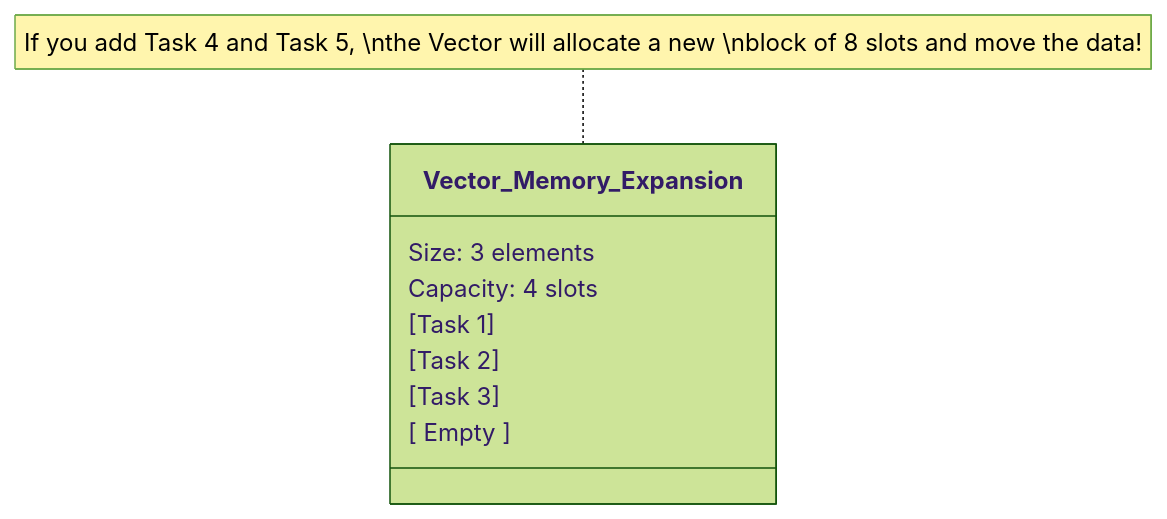
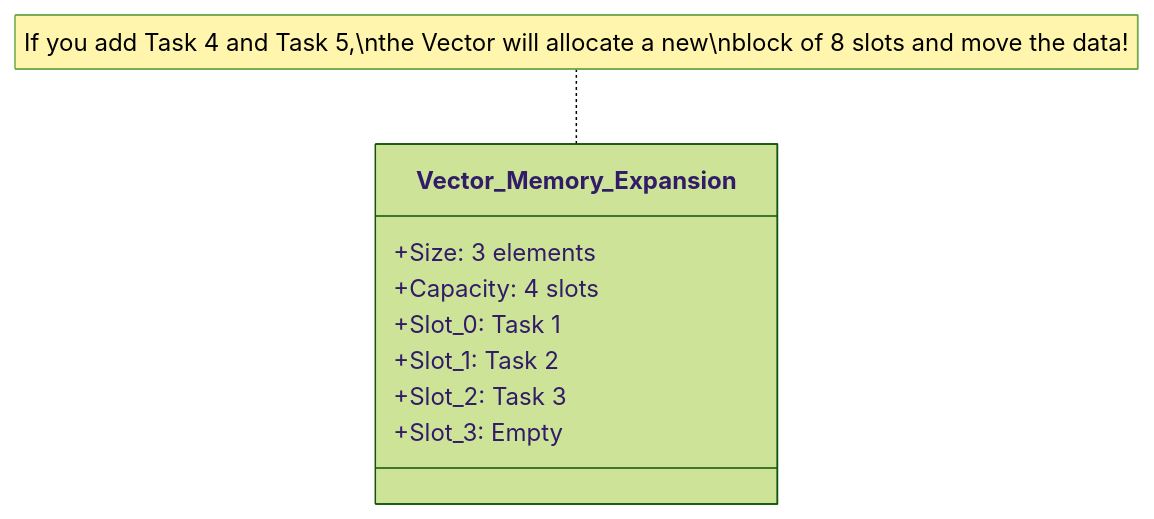
The fourth of 4 diagrams in Generated_Docs/data_structures_diagrams.md (Yog964/carbon-aware-scheduler), drawn with Mermaid (forest theme) before and after one commit. The commit also changed other lines of this file and 3 other files, not shown here.

Commit message:
Fix Mermaid diagram syntax and parsing errors in generated documentation

````diff
--- a/Generated_Docs/data_structures_diagrams.md
+++ b/Generated_Docs/data_structures_diagrams.md
@@ -88,14 +88,13 @@
 ```mermaid
 classDiagram
     class Vector_Memory_Expansion {
-        Size: 3 elements
-        Capacity: 4 slots
+        +Size: 3 elements
+        +Capacity: 4 slots
+        +Slot_0: Task 1
+        +Slot_1: Task 2
+        +Slot_2: Task 3
+        +Slot_3: Empty
     }
     
-    Vector_Memory_Expansion : [Task 1]
-    Vector_Memory_Expansion : [Task 2]
-    Vector_Memory_Expansion : [Task 3]
-    Vector_Memory_Expansion : [ Empty ]
-    
-    note for Vector_Memory_Expansion "If you add Task 4 and Task 5, \nthe Vector will allocate a new \nblock of 8 slots and move the data!"
+    note for Vector_Memory_Expansion "If you add Task 4 and Task 5,\nthe Vector will allocate a new\nblock of 8 slots and move the data!"
 ```
````
